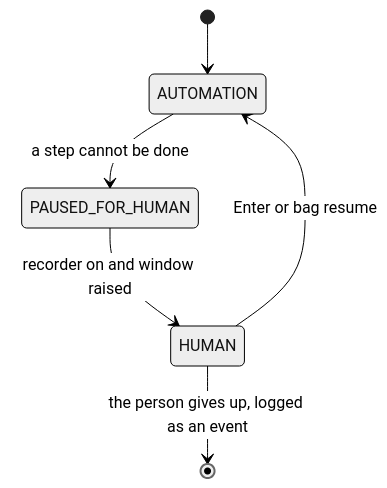
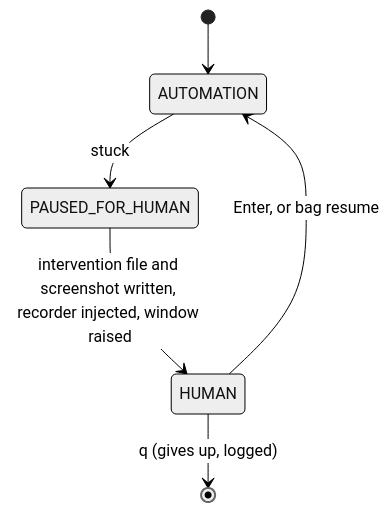
The third of 3 diagrams in REPORT.md (atharvakulkarni22/bankautomategpt), drawn with Mermaid (neutral theme) before and after one commit. The commit also changed other lines of this file and 58 other files, not shown here.

````diff
--- a/REPORT.md
+++ b/REPORT.md
@@ -394,8 +125,8 @@
 ```mermaid
 stateDiagram-v2
     [*] --> AUTOMATION
-    AUTOMATION --> PAUSED_FOR_HUMAN: a step cannot be done
-    PAUSED_FOR_HUMAN --> HUMAN: recorder on and window raised
-    HUMAN --> AUTOMATION: Enter or bag resume
-    HUMAN --> [*]: the person gives up, logged as an event
+    AUTOMATION --> PAUSED_FOR_HUMAN: stuck
+    PAUSED_FOR_HUMAN --> HUMAN: intervention file and screenshot written, recorder injected, window raised
+    HUMAN --> AUTOMATION: Enter, or bag resume
+    HUMAN --> [*]: q (gives up, logged)
 ```
````
